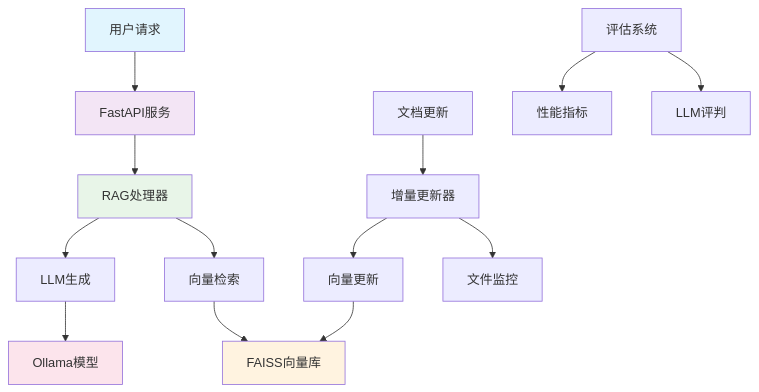
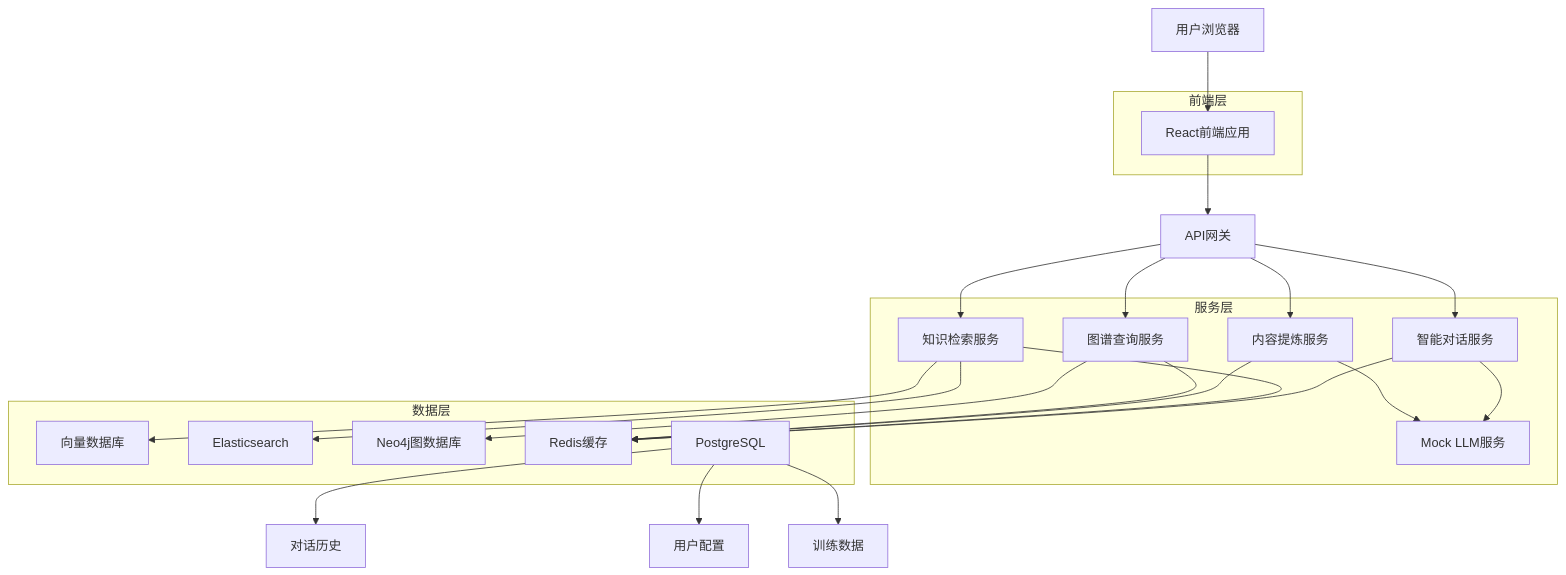
The diagram in README.md (aime4eve/csHuman), drawn with Mermaid before and after one commit. The commit also changed other lines of this file, not shown here.

````diff
--- a/README.md
+++ b/README.md
@@ -58,23 +76,44 @@
 ```mermaid
-graph TB
-    A[用户请求] --> B[FastAPI服务]
-    B --> C[RAG处理器]
-    C --> D[向量检索]
-    C --> E[LLM生成]
-    D --> F[FAISS向量库]
-    E --> G[Ollama模型]
+graph TD
+    A[用户浏览器] --> B[React前端应用]
+    B --> C[API网关]
+    C --> D[智能对话服务]
+    C --> E[知识检索服务]
+    C --> F[内容提炼服务]
+    C --> G[图谱查询服务]
     
-    H[文档更新] --> I[增量更新器]
-    I --> J[文件监控]
-    I --> K[向量更新]
-    K --> F
+    D --> H[Mock LLM服务]
+    E --> I[向量数据库]
+    E --> J[Elasticsearch]
+    F --> H
+    G --> K[Neo4j图数据库]
     
-    L[评估系统] --> M[LLM评判]
-    L --> N[性能指标]
+    D --> L[Redis缓存]
+    E --> L
+    F --> L
+    G --> L
     
-    style A fill:#e1f5fe
-    style B fill:#f3e5f5
-    style C fill:#e8f5e8
-    style F fill:#fff3e0
-    style G fill:#fce4ec
+    M[PostgreSQL] --> N[对话历史]
+    M --> O[用户配置]
+    M --> P[训练数据]
+    
+    subgraph "前端层"
+        B
+    end
+    
+    subgraph "服务层"
+        D
+        E
+        F
+        G
+        H
+    end
+    
+    subgraph "数据层"
+        I
+        J
+        K
+        L
+        M
+    end
 ```
````
